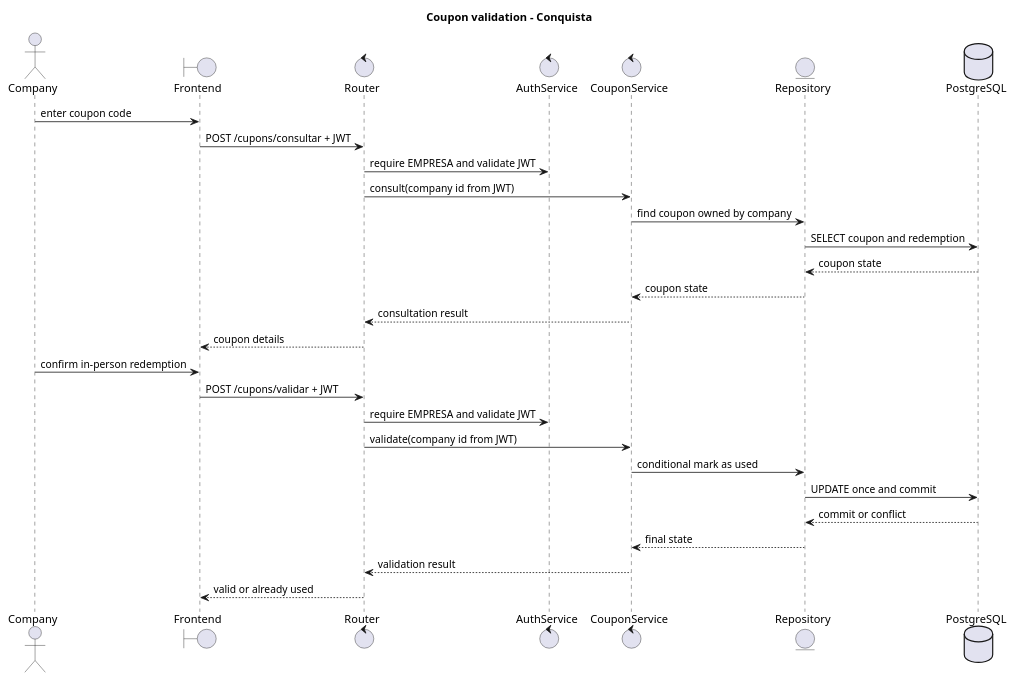
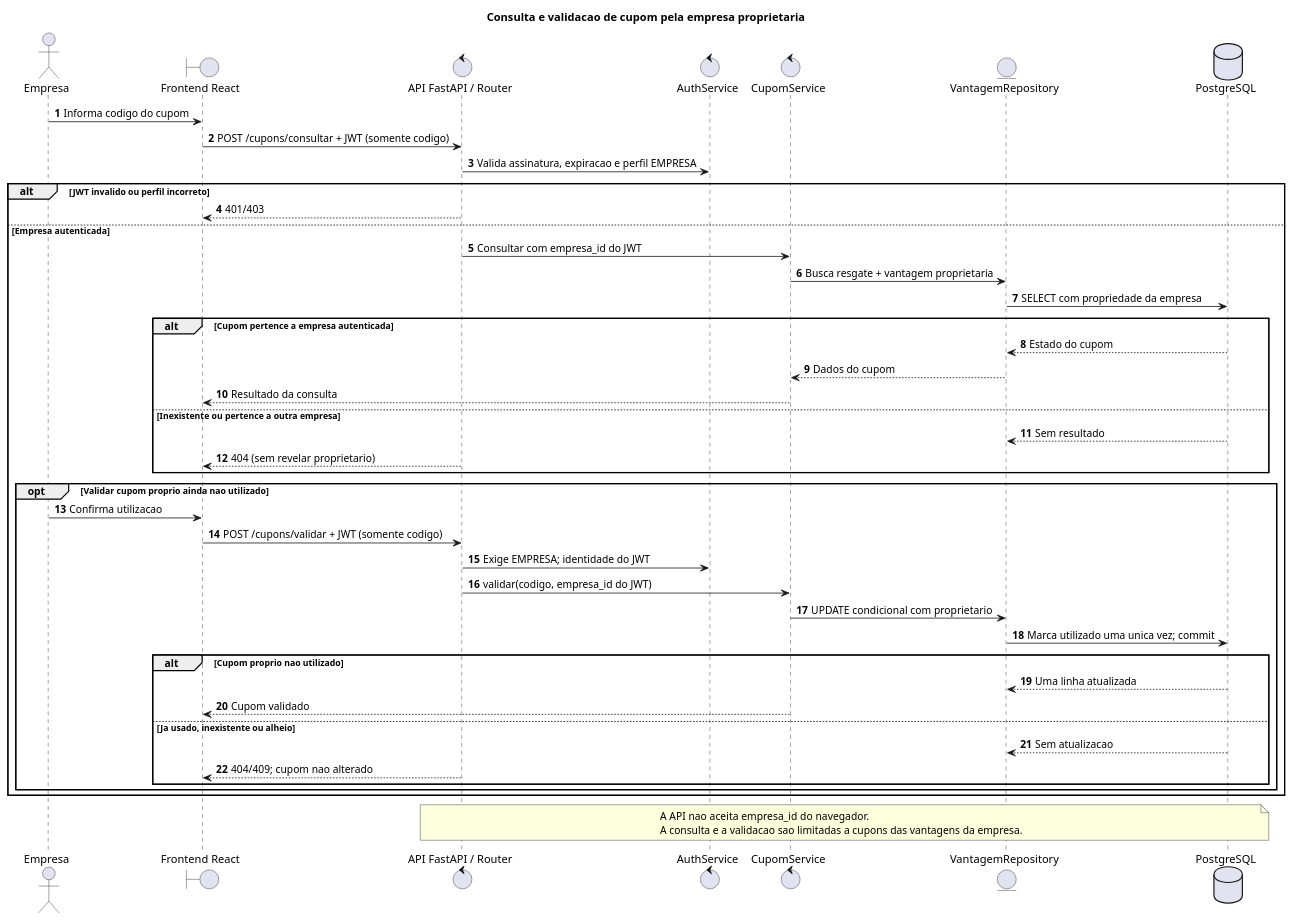
The diagram in docs/modelagem/lab04-seq-cupom.puml (gusLeonardi/moeda-estudantil), drawn with PlantUML before and after one commit. The commit also changed 58 other files, not shown here.

Commit message:
feat: complete Lab04 authentication, authorization and UML diagrams

```diff
--- a/docs/modelagem/lab04-seq-cupom.puml
+++ b/docs/modelagem/lab04-seq-cupom.puml
@@ -1,30 +1,50 @@
 @startuml
-title Coupon validation - Conquista
-actor Company
-boundary Frontend
-control Router
+title Consulta e validacao de cupom pela empresa proprietaria
+autonumber
+actor Empresa
+boundary "Frontend React" as UI
+control "API FastAPI / Router" as API
 control AuthService
-control CouponService
-entity Repository
-database PostgreSQL
-Company -> Frontend: enter coupon code
-Frontend -> Router: POST /cupons/consultar + JWT
-Router -> AuthService: require EMPRESA and validate JWT
-Router -> CouponService: consult(company id from JWT)
-CouponService -> Repository: find coupon owned by company
-Repository -> PostgreSQL: SELECT coupon and redemption
-PostgreSQL --> Repository: coupon state
-Repository --> CouponService: coupon state
-CouponService --> Router: consultation result
-Router --> Frontend: coupon details
-Company -> Frontend: confirm in-person redemption
-Frontend -> Router: POST /cupons/validar + JWT
-Router -> AuthService: require EMPRESA and validate JWT
-Router -> CouponService: validate(company id from JWT)
-CouponService -> Repository: conditional mark as used
-Repository -> PostgreSQL: UPDATE once and commit
-PostgreSQL --> Repository: commit or conflict
-Repository --> CouponService: final state
-CouponService --> Router: validation result
-Router --> Frontend: valid or already used
+control CupomService
+entity VantagemRepository
+database PostgreSQL as DB
+
+Empresa -> UI: Informa codigo do cupom
+UI -> API: POST /cupons/consultar + JWT (somente codigo)
+API -> AuthService: Valida assinatura, expiracao e perfil EMPRESA
+alt JWT invalido ou perfil incorreto
+  API --> UI: 401/403
+else Empresa autenticada
+  API -> CupomService: Consultar com empresa_id do JWT
+  CupomService -> VantagemRepository: Busca resgate + vantagem proprietaria
+  VantagemRepository -> DB: SELECT com propriedade da empresa
+  alt Cupom pertence a empresa autenticada
+    DB --> VantagemRepository: Estado do cupom
+    VantagemRepository --> CupomService: Dados do cupom
+    CupomService --> UI: Resultado da consulta
+  else Inexistente ou pertence a outra empresa
+    DB --> VantagemRepository: Sem resultado
+    API --> UI: 404 (sem revelar proprietario)
+  end
+
+  opt Validar cupom proprio ainda nao utilizado
+    Empresa -> UI: Confirma utilizacao
+    UI -> API: POST /cupons/validar + JWT (somente codigo)
+    API -> AuthService: Exige EMPRESA; identidade do JWT
+    API -> CupomService: validar(codigo, empresa_id do JWT)
+    CupomService -> VantagemRepository: UPDATE condicional com proprietario
+    VantagemRepository -> DB: Marca utilizado uma unica vez; commit
+    alt Cupom proprio nao utilizado
+      DB --> VantagemRepository: Uma linha atualizada
+      CupomService --> UI: Cupom validado
+    else Ja usado, inexistente ou alheio
+      DB --> VantagemRepository: Sem atualizacao
+      API --> UI: 404/409; cupom nao alterado
+    end
+  end
+end
+note over API,DB
+  A API nao aceita empresa_id do navegador.
+  A consulta e a validacao sao limitadas a cupons das vantagens da empresa.
+end note
 @enduml
```
